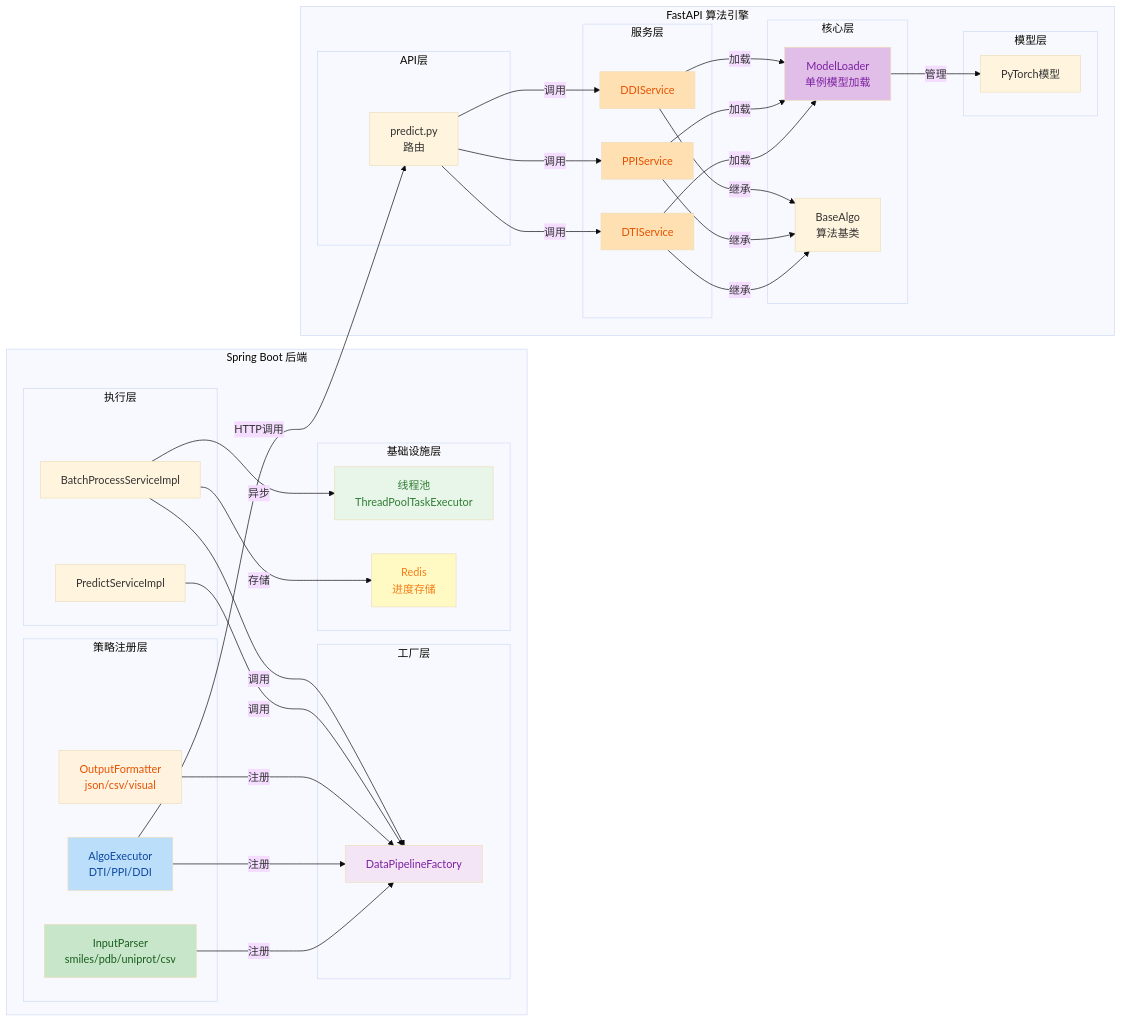
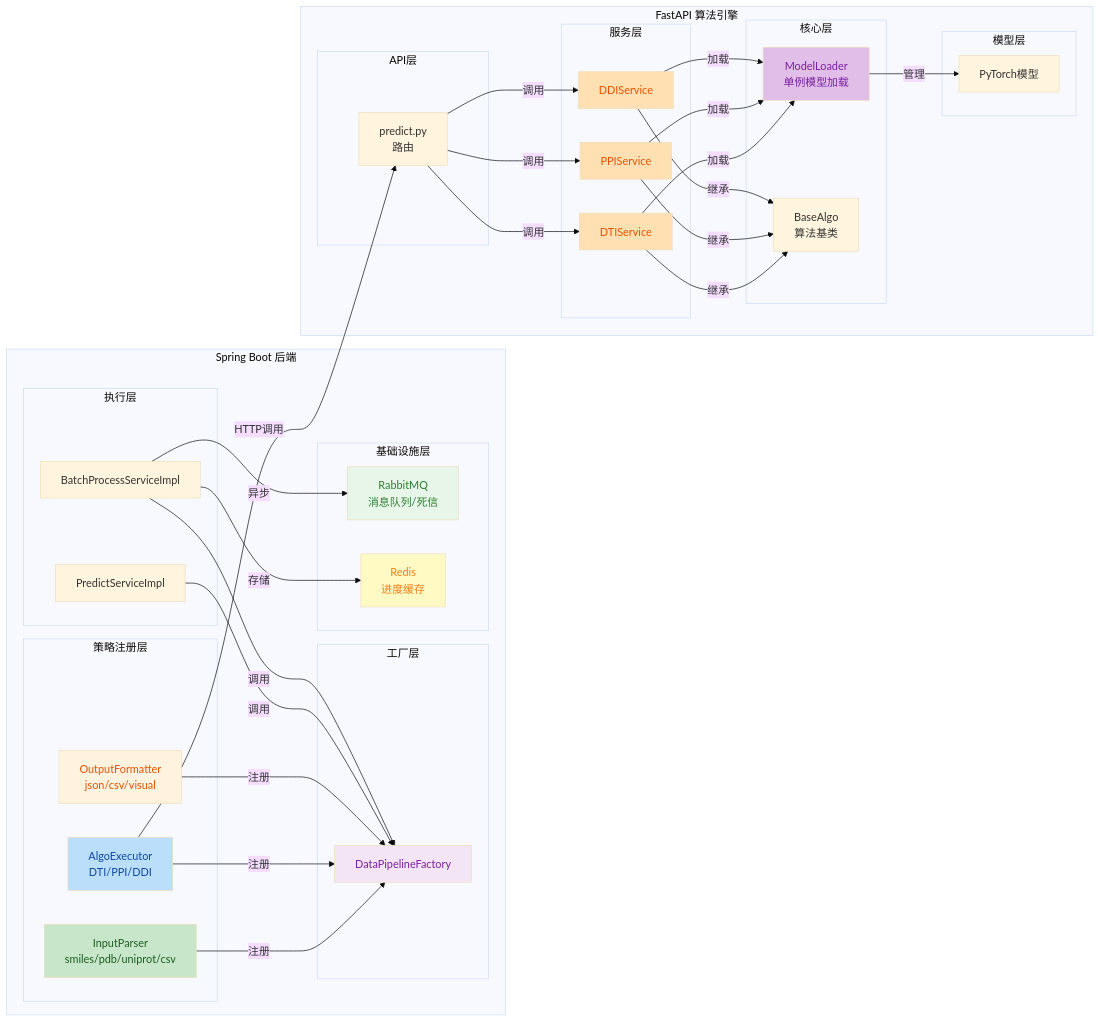
Before and after one commit to Ljz4777/SynPharm: the diagram in docs/modules/predict/数据流开发操作文档.md, drawn with Mermaid (base theme). The commit also changed other lines of this file and 43 other files, not shown here.

````diff
--- a/docs/modules/predict/数据流开发操作文档.md
+++ b/docs/modules/predict/数据流开发操作文档.md
@@ -48,77 +48,77 @@
 ```mermaid
 flowchart LR
     subgraph Spring Boot 后端
         subgraph 策略注册层
             A[InputParser<br/>smiles/pdb/uniprot/csv]
             B[AlgoExecutor<br/>DTI/PPI/DDI]
             C[OutputFormatter<br/>json/csv/visual]
         end
         
         subgraph 工厂层
             D[DataPipelineFactory]
         end
         
         subgraph 执行层
             E[PredictServiceImpl]
             F[BatchProcessServiceImpl]
         end
         
         subgraph 基础设施层
-            G[线程池<br/>ThreadPoolTaskExecutor]
-            H[Redis<br/>进度存储]
+            G[RabbitMQ<br/>消息队列/死信]
+            H[Redis<br/>进度缓存]
         end
         
         A -->|注册| D
         B -->|注册| D
         C -->|注册| D
         E -->|调用| D
         F -->|调用| D
         F -->|异步| G
         F -->|存储| H
     end
     
     subgraph FastAPI 算法引擎
         subgraph API层
             I[predict.py<br/>路由]
         end
         
         subgraph 服务层
             J[DTIService]
             K[PPIService]
             L[DDIService]
         end
         
         subgraph 核心层
             M[ModelLoader<br/>单例模型加载]
             N[BaseAlgo<br/>算法基类]
         end
         
         subgraph 模型层
             O[PyTorch模型]
         end
         
         I -->|调用| J
         I -->|调用| K
         I -->|调用| L
         J -->|继承| N
         K -->|继承| N
         L -->|继承| N
         J -->|加载| M
         K -->|加载| M
         L -->|加载| M
         M -->|管理| O
     end
     
     B -->|HTTP调用| I
     
     style A fill:#c8e6c9,color:#1a5e20
     style B fill:#bbdefb,color:#0d47a1
     style C fill:#fff3e0,color:#e65100
     style D fill:#f3e5f5,color:#7b1fa2
     style G fill:#e8f5e9,color:#2e7d32
     style H fill:#fff9c4,color:#f57f17
     style J fill:#ffe0b2,color:#e65100
     style K fill:#ffe0b2,color:#e65100
     style L fill:#ffe0b2,color:#e65100
     style M fill:#e1bee7,color:#7b1fa2
 ```
````
